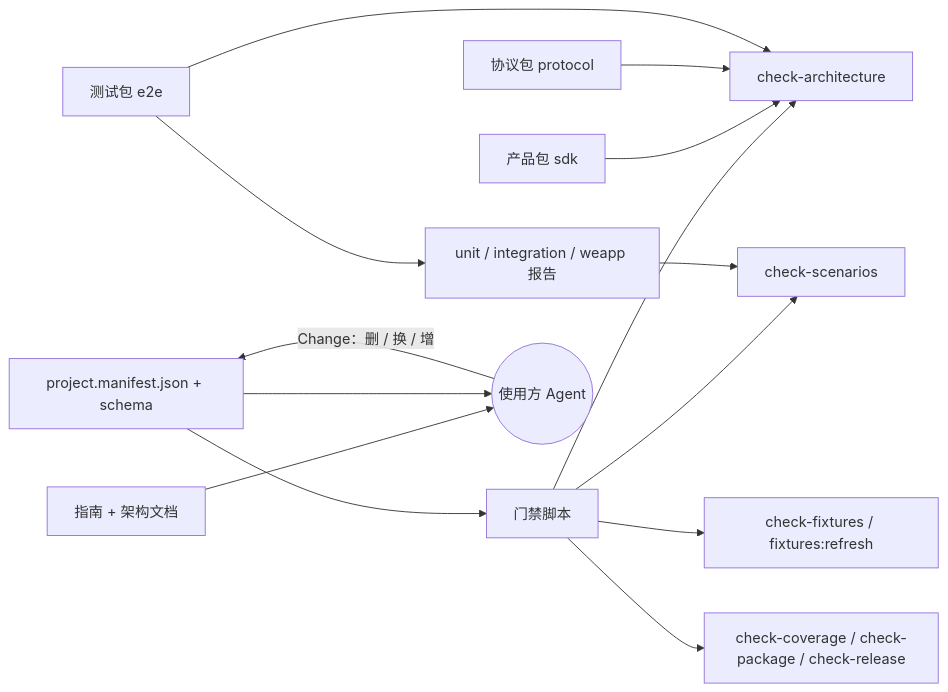
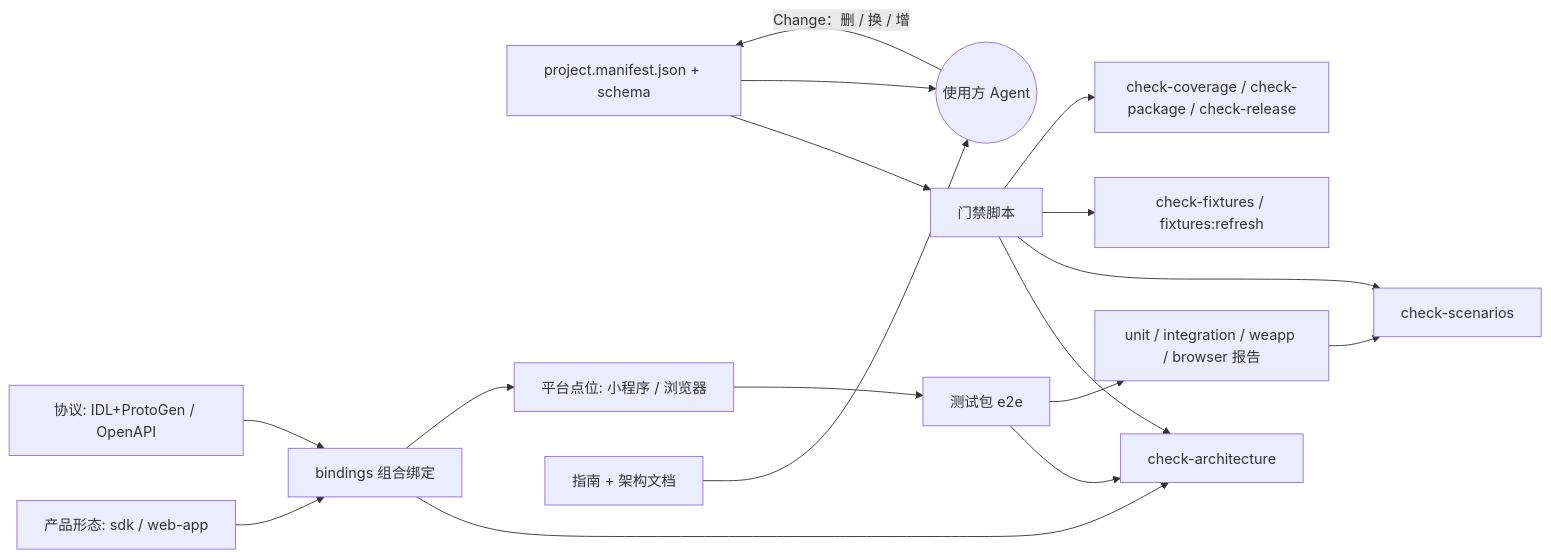
The diagram in docs/architecture.md (liyongning/scenario-driven-baseline), drawn with Mermaid before and after one commit. The commit also changed other lines of this file and 13 other files, not shown here.

Commit message:
docs(template): document web capabilities, bindings and replacement points

````diff
--- a/docs/architecture.md
+++ b/docs/architecture.md
@@ -17,16 +17,19 @@
 ```mermaid
 flowchart LR
   M[project.manifest.json + schema] --> G[门禁脚本]
   G --> A[check-architecture]
   G --> S[check-scenarios]
   G --> F[check-fixtures / fixtures:refresh]
   G --> C[check-coverage / check-package / check-release]
-  P[产品包 sdk] --> A
-  T[协议包 protocol] --> A
+  P[产品形态: sdk / web-app] --> B[bindings 组合绑定]
+  T[协议: IDL+ProtoGen / OpenAPI] --> B
+  B --> A
+  B --> RPT[平台点位: 小程序 / 浏览器]
   E[测试包 e2e] --> A
-  E --> R[unit / integration / weapp 报告]
+  RPT --> E
+  E --> R[unit / integration / weapp / browser 报告]
   R --> S
   D[指南 + 架构文档] --> U((使用方 Agent))
   M --> U
   U -->|Change：删 / 换 / 增| M
 ```
````
